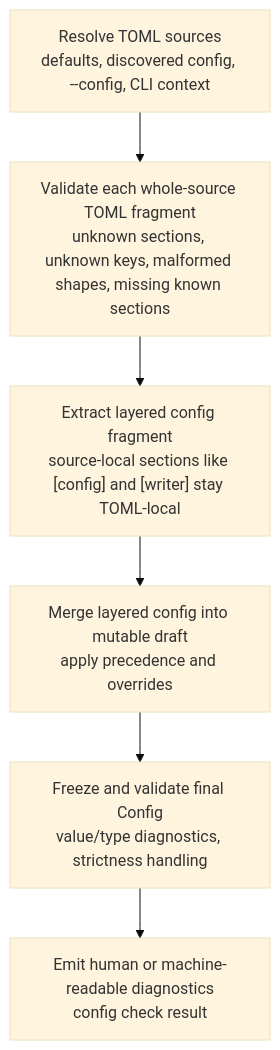
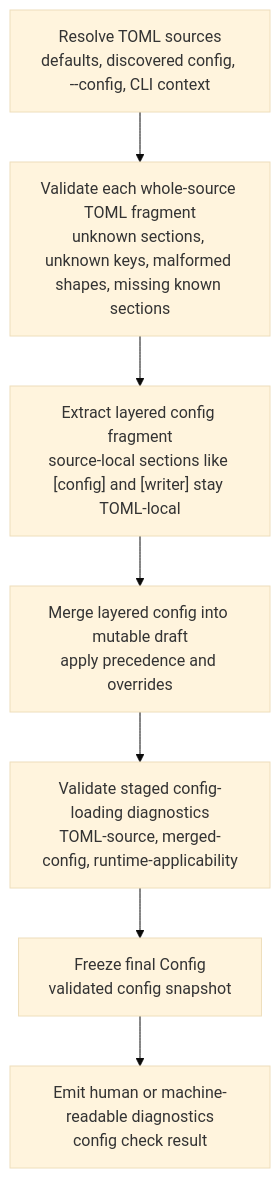
The diagram in docs/usage/commands/config/check.md (shutterfreak/topmark), drawn with Mermaid (base theme) before and after one commit. The commit also changed other lines of this file and 17 other files, not shown here.

First line of the commit message:
docs(config, architecture, cli, api): align documentation with staged validation model

````diff
--- a/docs/usage/commands/config/check.md
+++ b/docs/usage/commands/config/check.md
@@ -134,11 +133,12 @@
 ```mermaid
 flowchart TD
     A["Resolve TOML sources<br/>defaults, discovered config, --config, CLI context"]
     B["Validate each whole-source TOML fragment<br/>unknown sections, unknown keys, malformed shapes, missing known sections"]
     C["Extract layered config fragment<br/>source-local sections like [config] and [writer] stay TOML-local"]
     D["Merge layered config into mutable draft<br/>apply precedence and overrides"]
-    E["Freeze and validate final Config<br/>value/type diagnostics, strictness handling"]
-    F["Emit human or machine-readable diagnostics<br/>config check result"]
+    E["Validate staged config-loading diagnostics<br/>TOML-source, merged-config, runtime-applicability"]
+    F["Freeze final Config<br/>validated config snapshot"]
+    G["Emit human or machine-readable diagnostics<br/>config check result"]
 
-    A --> B --> C --> D --> E --> F
+    A --> B --> C --> D --> E --> F --> G
 ```
````
